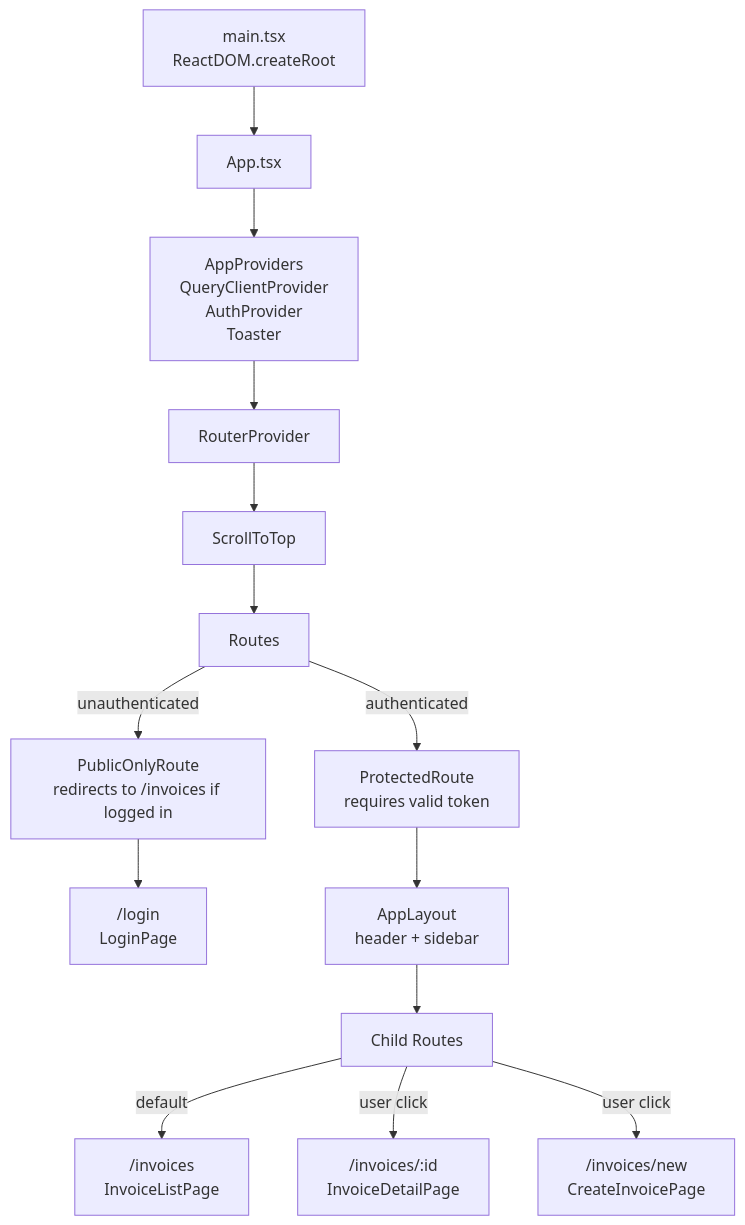
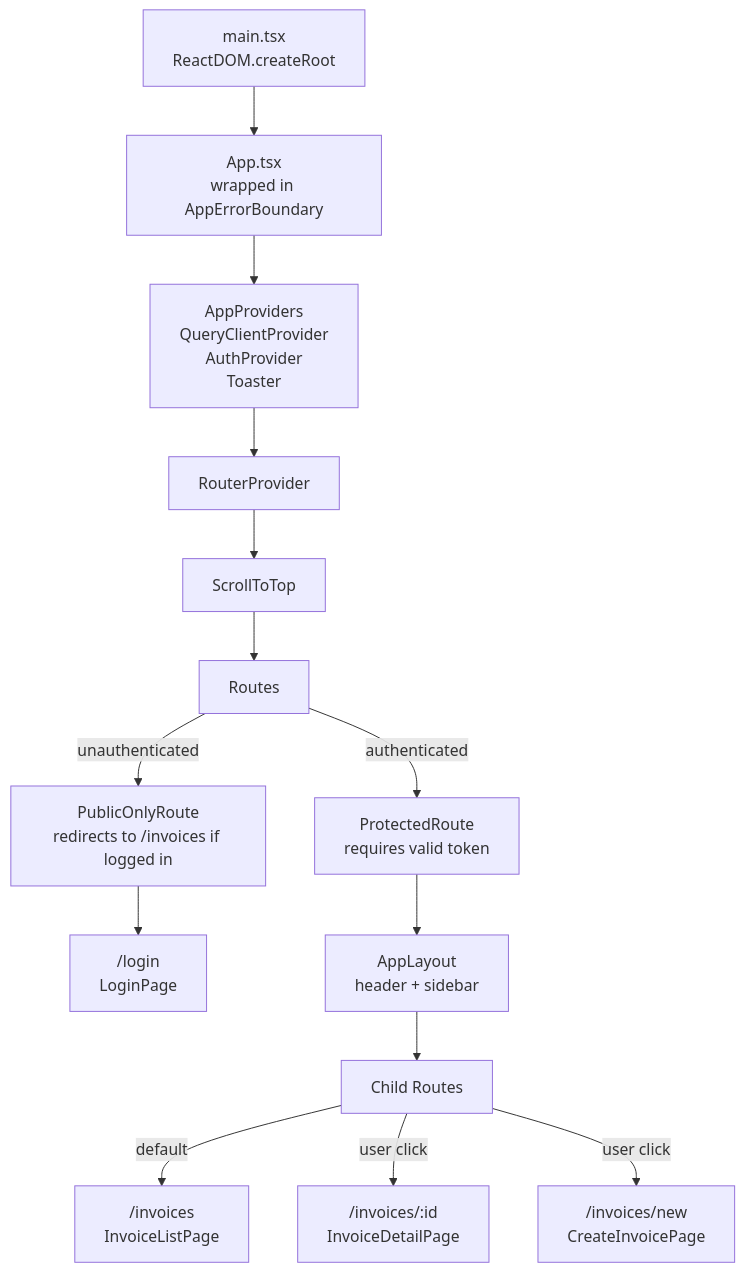
The first of 5 diagrams in frontend/README.md (khangtrannn/SimpleInvoice), drawn with Mermaid before and after one commit. The commit also changed 3 other files, not shown here.

Commit message:
feat(client): add top-level error boundary with fallback UI

````diff
--- a/frontend/README.md
+++ b/frontend/README.md
@@ -186,16 +186,16 @@
 ```mermaid
 flowchart TD
-    A["main.tsx<br/>ReactDOM.createRoot"] --> B["App.tsx"]
+    A["main.tsx<br/>ReactDOM.createRoot"] --> B["App.tsx<br/>wrapped in AppErrorBoundary"]
     B --> C["AppProviders<br/>QueryClientProvider<br/>AuthProvider<br/>Toaster"]
     C --> D["RouterProvider"]
     D --> E["ScrollToTop"]
     E --> F["Routes"]
     F -->|unauthenticated| G["PublicOnlyRoute<br/>redirects to /invoices if logged in"]
     G --> H["/login<br/>LoginPage"]
     F -->|authenticated| I["ProtectedRoute<br/>requires valid token"]
     I --> J["AppLayout<br/>header + sidebar"]
     J --> K["Child Routes"]
     K -->|default| L["/invoices<br/>InvoiceListPage"]
     K -->|user click| M["/invoices/:id<br/>InvoiceDetailPage"]
     K -->|user click| N["/invoices/new<br/>CreateInvoicePage"]
 ```
````
